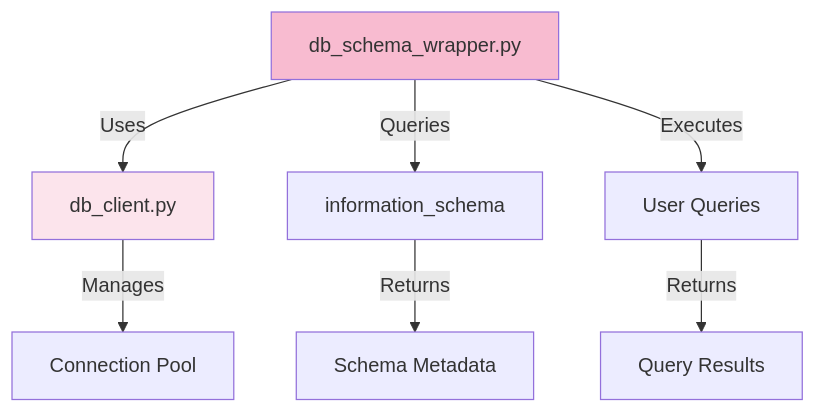
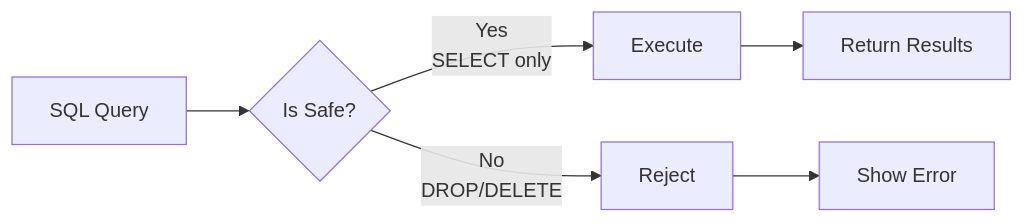
One commit to sourabh17aitr/NL_DB_Q changed the third of 4 diagrams in DATA_FLOW_DIAGRAM.md. Above: the diagram before and after it, drawn with Mermaid. The commit also changed other lines of this file and 10 other files, not shown here.

````diff
--- a/DATA_FLOW_DIAGRAM.md
+++ b/DATA_FLOW_DIAGRAM.md
@@ -140,12 +135,8 @@
 ```mermaid
-graph TB
-    A[db_client.py] -->|Manages| B[Connection Pool]
-    C[db_schema_wrapper.py] -->|Uses| A
-    C -->|Queries| D[information_schema]
-    C -->|Executes| E[User Queries]
-    D -->|Returns| F[Schema Metadata]
-    E -->|Returns| G[Query Results]
-    
-    style A fill:#fce4ec
-    style C fill:#f8bbd0
+graph LR
+    A[SQL Query] --> B{Is Safe?}
+    B -->|Yes<br/>SELECT only| C[Execute]
+    B -->|No<br/>DROP/DELETE| D[Reject]
+    C --> E[Return Results]
+    D --> F[Show Error]
 ```
````
